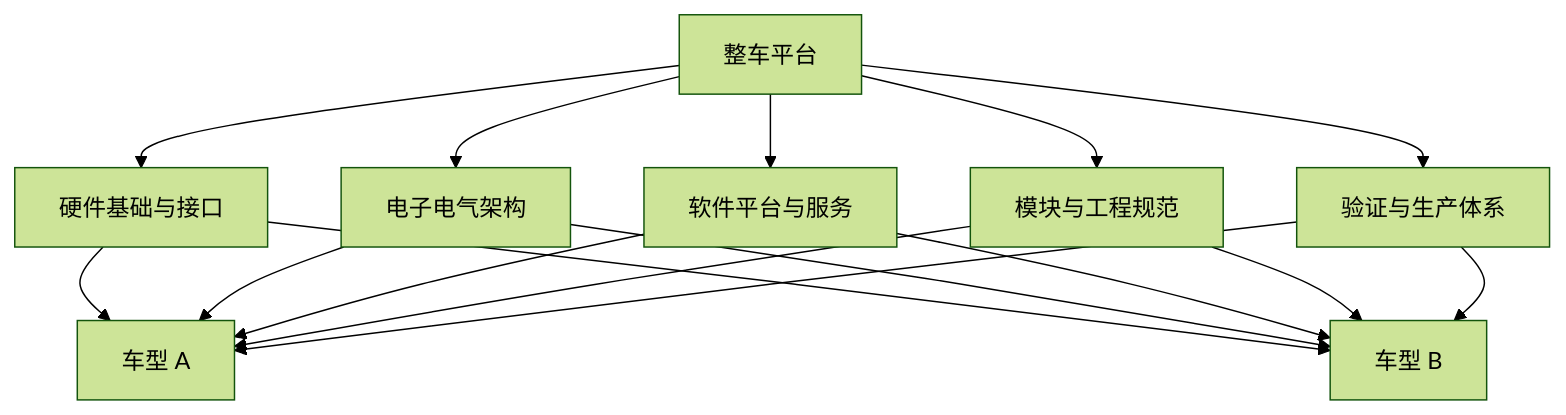
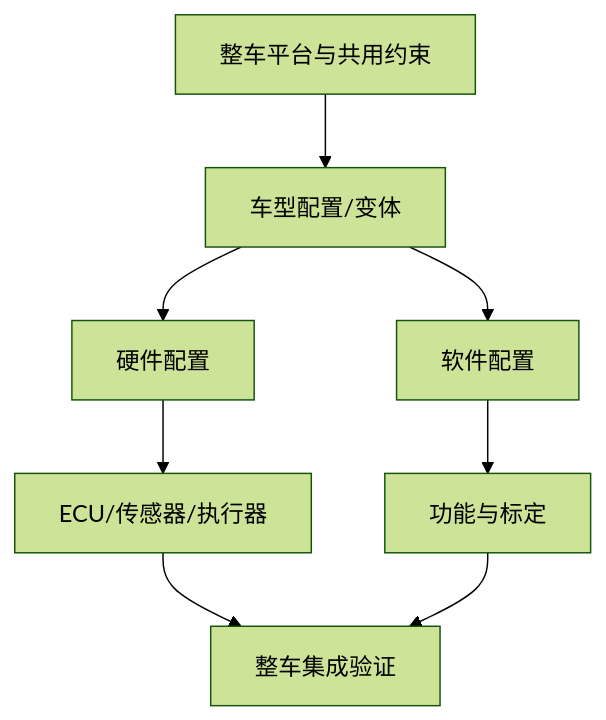
One commit to ilikui/Notes changed the diagram in pages/整车平台.md. Above: the diagram before and after it, drawn with Mermaid (forest theme). The commit also changed other lines of this file and 20 other files, not shown here.

First line of the commit message:
docs: complete foundation notes and add diagrams

````diff
--- a/pages/整车平台.md
+++ b/pages/整车平台.md
@@ -7,18 +16,10 @@
 ```mermaid
 flowchart TD
-    P[整车平台] --> H[硬件基础与接口]
-    P --> E[电子电气架构]
-    P --> S[软件平台与服务]
-    P --> M[模块与工程规范]
-    P --> V[验证与生产体系]
-    H --> A[车型 A]
-    E --> A
-    S --> A
-    M --> A
-    V --> A
-    H --> B[车型 B]
-    E --> B
-    S --> B
-    M --> B
-    V --> B
+    A[整车平台与共用约束] --> B[车型配置/变体]
+    B --> C[硬件配置]
+    B --> D[软件配置]
+    C --> E[ECU/传感器/执行器]
+    D --> F[功能与标定]
+    E --> G[整车集成验证]
+    F --> G
 ```
````
